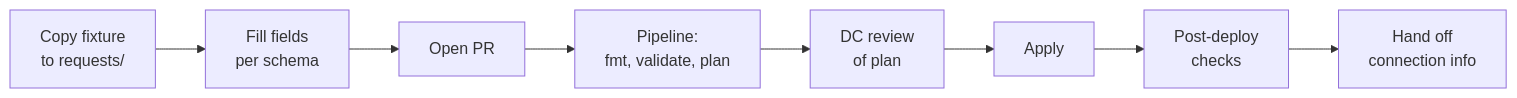
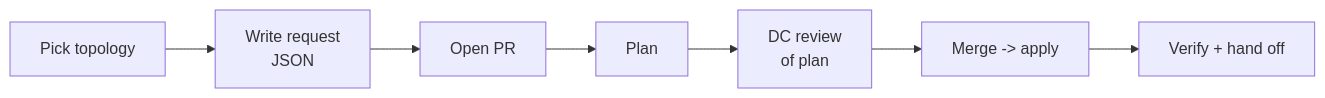
Before and after one commit to h4ppy-minds/azure-managedredis: the second of 2 diagrams in config/SOP Azure Managed Redis Terraform Template & Modules.md, drawn with Mermaid. The commit also changed other lines of this file, not shown here.

````diff
--- a/config/SOP Azure Managed Redis Terraform Template & Modules.md
+++ b/config/SOP Azure Managed Redis Terraform Template & Modules.md
@@ -190,10 +194,9 @@
 ```mermaid
 flowchart LR
-  A[Copy fixture<br/>to requests/] --> B[Fill fields<br/>per schema]
+  A[Pick topology] --> B[Write request<br/>JSON]
   B --> C[Open PR]
-  C --> D[Pipeline:<br/>fmt, validate, plan]
+  C --> D[Plan]
   D --> E[DC review<br/>of plan]
-  E --> F[Apply]
-  F --> G[Post-deploy<br/>checks]
-  G --> H[Hand off<br/>connection info]
+  E --> F[Merge -> apply]
+  F --> G[Verify + hand off]
 ```
````
